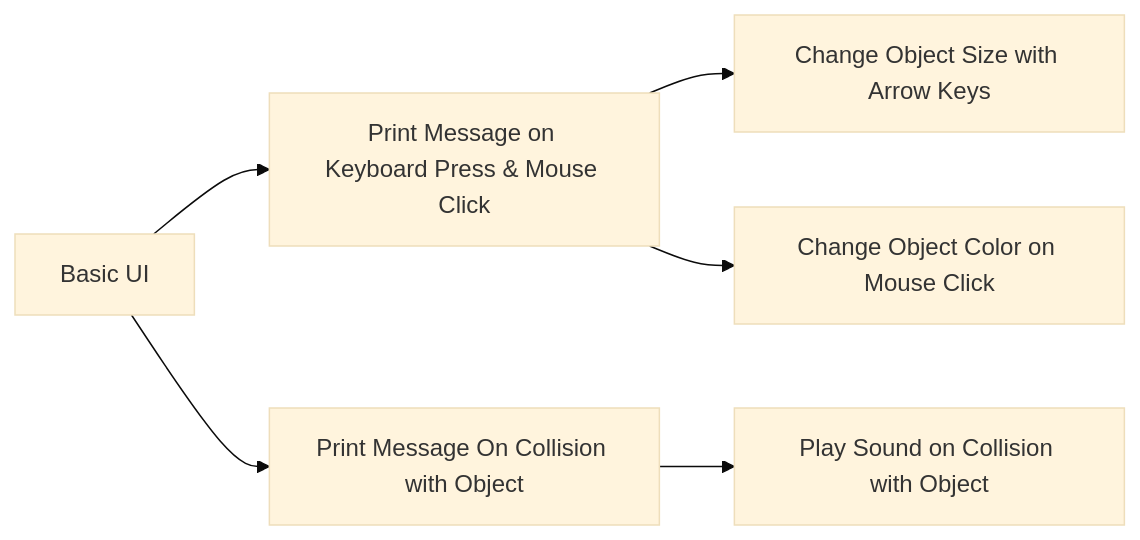
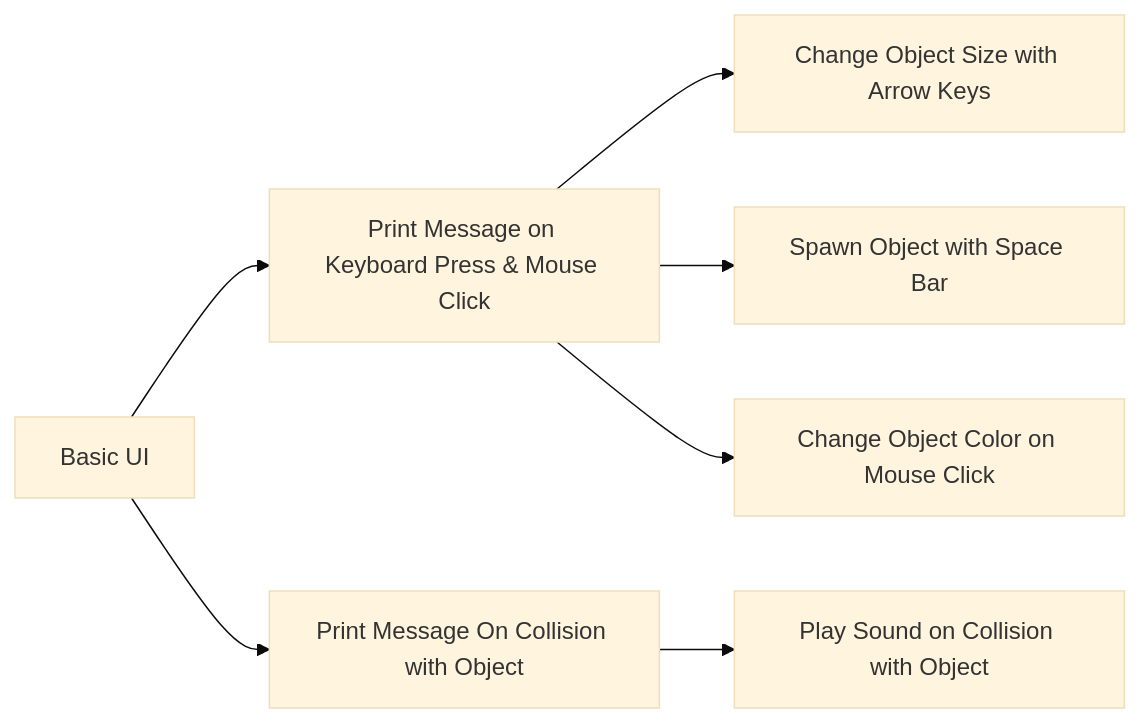
Before and after one commit to learninglab-dev/the-resources: the diagram in data/work/realityLab-unity-scripting-tutorials.md, drawn with Mermaid (base theme). The commit also changed other lines of this file, not shown here.

````diff
--- a/data/work/realityLab-unity-scripting-tutorials.md
+++ b/data/work/realityLab-unity-scripting-tutorials.md
@@ -10,10 +10,11 @@
 ```mermaid
 graph LR
 A[Basic UI] --> B[Print Message on Keyboard Press & Mouse Click]
 A --> C[Print Message On Collision with Object]
 B --> D[Change Object Size with Arrow Keys]
+B --> G[Spawn Object with Space Bar]
 B --> E[Change Object Color on Mouse Click]
 C --> F[Play Sound on Collision with Object]
 
 
 ```
````
